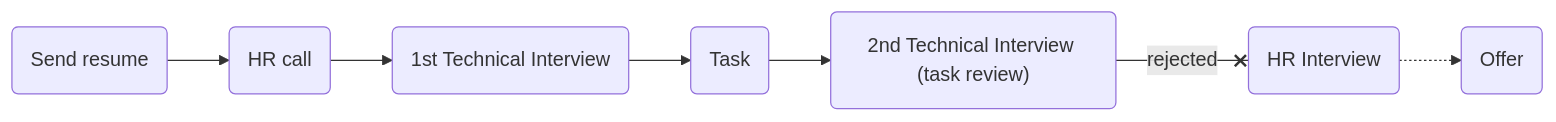
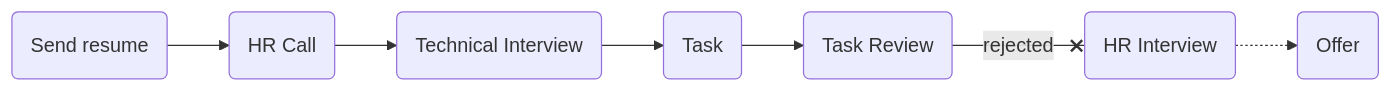
Before and after one commit to mo1ein/jobname: the diagram in src/digikala/README.md, drawn with Mermaid. The commit also changed other lines of this file and 4 other files, not shown here.

````diff
--- a/src/digikala/README.md
+++ b/src/digikala/README.md
@@ -4,9 +7,4 @@
 ```mermaid
 flowchart LR
-    sr(Send resume) --> hr(HR call)
-    hr(HR call) --> ti1(1st Technical Interview)
-    ti1(1st Technical Interview) --> t(Task)
-    t(Task) --> ti2("2nd Technical Interview (task review)")
-    ti2("2nd Technical Interview (task review)") -- rejected --x hri(HR Interview)
-    hri(HR Interview) -.-> o(Offer)
+    sr(Send resume) --> hr(HR Call) --> ti1(Technical Interview) --> t(Task) --> ti2(Task Review) -- rejected --x hri(HR Interview) -.-> o(Offer)
 ```
````
